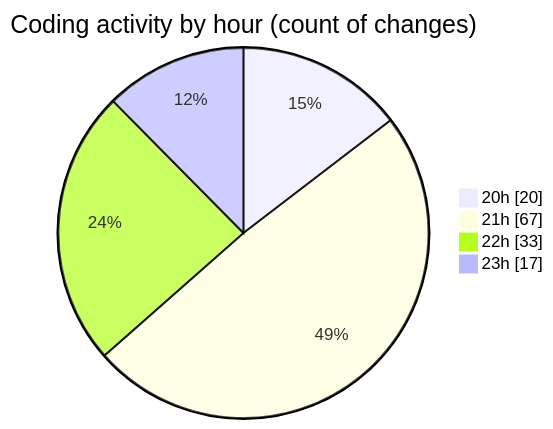
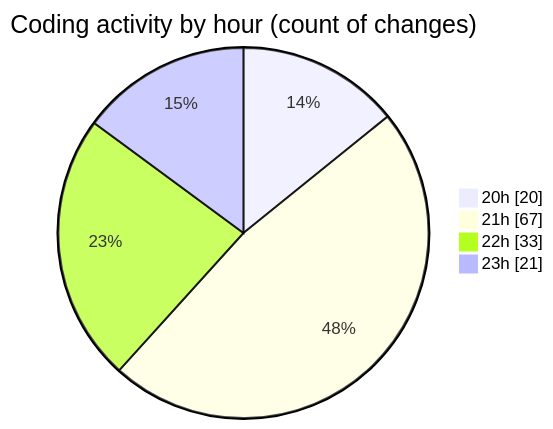
One commit to lephambinh05/code-tracking changed the second of 2 diagrams in 2025-08-19/quytuthien_vn/README.md. Above: the diagram before and after it, drawn with Mermaid. The commit also changed other lines of this file and 1 other file, not shown here.

````diff
--- a/2025-08-19/quytuthien_vn/README.md
+++ b/2025-08-19/quytuthien_vn/README.md
@@ -113,8 +115,8 @@
 ```mermaid
 pie showData
 title Coding activity by hour (count of changes)
 "20h" : 20
 "21h" : 67
 "22h" : 33
-"23h" : 17
+"23h" : 21
 ```
````
